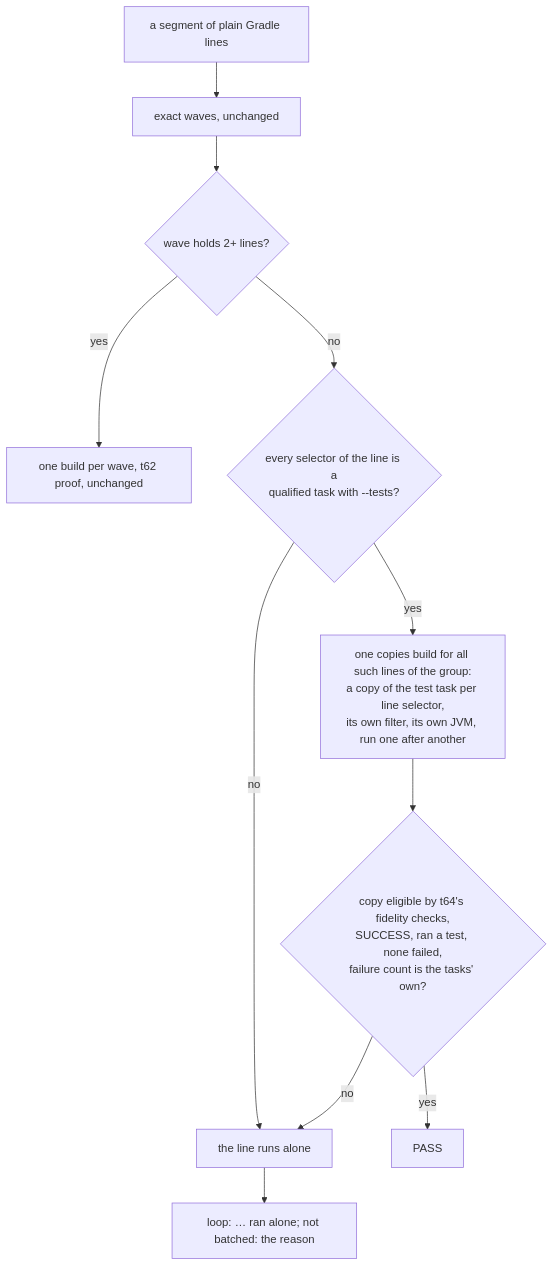
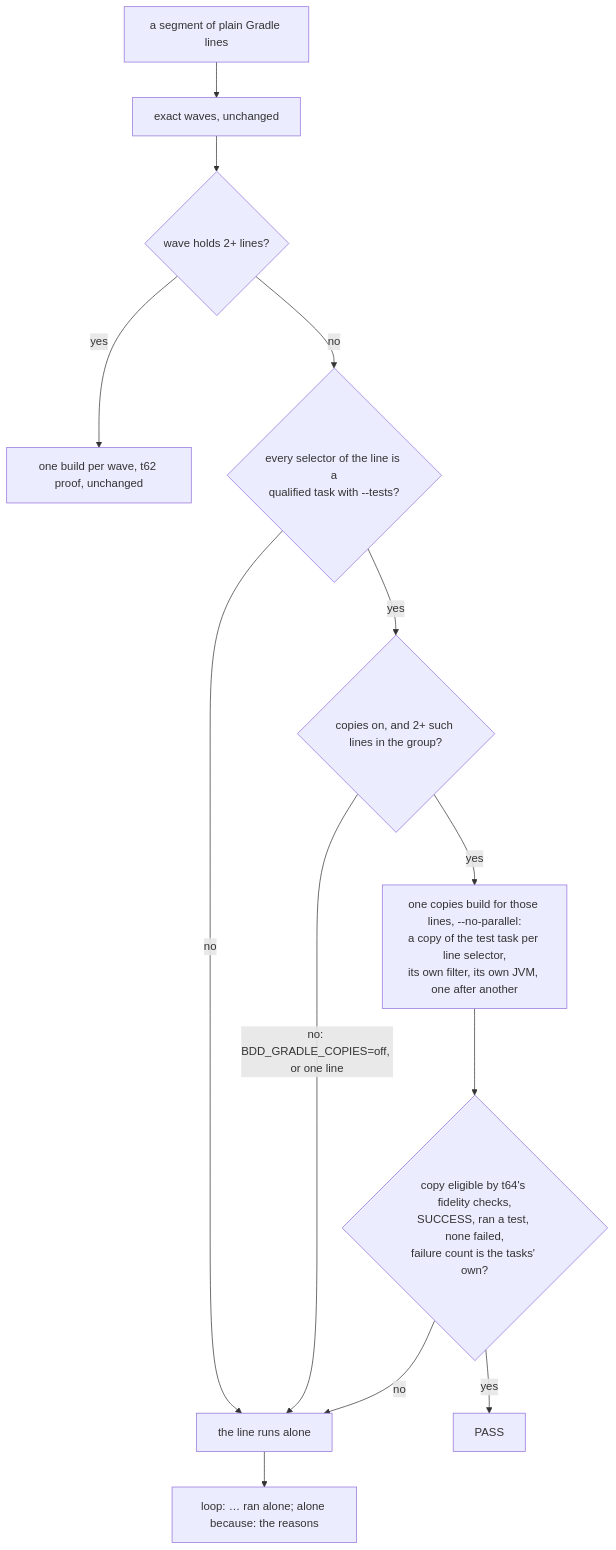
The second of 2 diagrams in docs/cascade/05b-t76-gradle-task-copies.md (kadaluarsa/barbaric-driven-development), drawn with Mermaid before and after one commit. The commit also changed other lines of this file and 1 other file, not shown here.

Commit message:
GENERATE 05b t76-gradle-task-copies: answer the critic (C1, C3–C10 fixed; C2 to the human), spec v2

````diff
--- a/docs/cascade/05b-t76-gradle-task-copies.md
+++ b/docs/cascade/05b-t76-gradle-task-copies.md
@@ -51,13 +59,15 @@
 ```mermaid
 flowchart TD
   S[a segment of plain Gradle lines] --> W[exact waves, unchanged]
   W --> W2{wave holds 2+ lines?}
   W2 -->|yes| B[one build per wave, t62 proof, unchanged]
   W2 -->|no| C{every selector of the line is a<br/>qualified task with --tests?}
   C -->|no| A[the line runs alone]
-  C -->|yes| CB[one copies build for all such lines of the group:<br/>a copy of the test task per line selector,<br/>its own filter, its own JVM, run one after another]
+  C -->|yes| N{copies on, and 2+ such lines in the group?}
+  N -->|no: BDD_GRADLE_COPIES=off, or one line| A
+  N -->|yes| CB[one copies build for those lines, --no-parallel:<br/>a copy of the test task per line selector,<br/>its own filter, its own JVM, one after another]
   CB --> F{copy eligible by t64's fidelity checks,<br/>SUCCESS, ran a test, none failed,<br/>failure count is the tasks' own?}
   F -->|yes| PASS[PASS]
   F -->|no| A
-  A --> Q[loop: … ran alone; not batched: the reason]
+  A --> Q[loop: … ran alone; alone because: the reasons]
 ```
````
